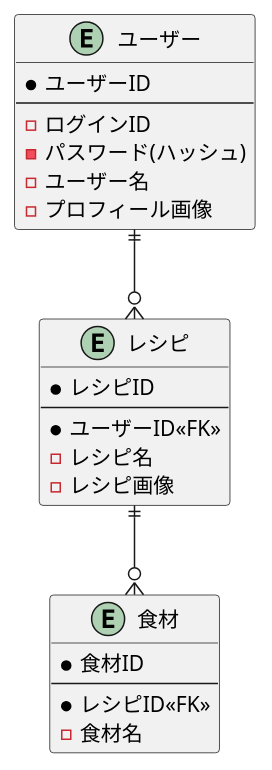
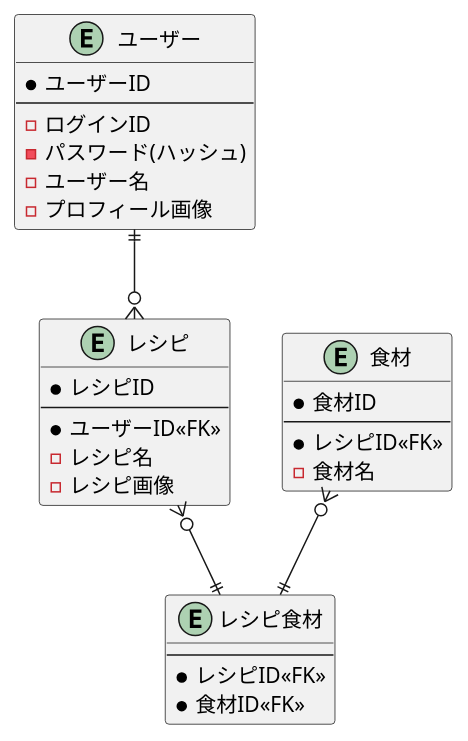
One commit to sora154cm/Konmiru changed the diagram in document/product.puml. Above: the diagram before and after it, drawn with PlantUML. The commit also changed 4 other files, not shown here.

Commit message:
画面遷移図、ワイヤーフレーム、テーブル修正

```diff
--- a/document/product.puml
+++ b/document/product.puml
@@ -1,31 +1,38 @@
 @startuml
 
 entity "ユーザー" {
   *ユーザーID
   ---
   -ログインID
   -パスワード(ハッシュ)
   -ユーザー名
   -プロフィール画像
 }
 
 entity "レシピ" {
   *レシピID
   ---
   *ユーザーID<<FK>>
   -レシピ名
   -レシピ画像
 }
 
 entity "食材" {
   *食材ID
   ---
   *レシピID<<FK>>
   -食材名
 }
 
+entity "レシピ食材" {
+  ---
+  *レシピID<<FK>>
+  *食材ID<<FK>>
+}
+
 
 "ユーザー" ||--o{ "レシピ"
-"レシピ" ||--o{ "食材"
+"レシピ" }o--|| "レシピ食材"
+"食材" }o--|| "レシピ食材"
 
 @enduml
```
